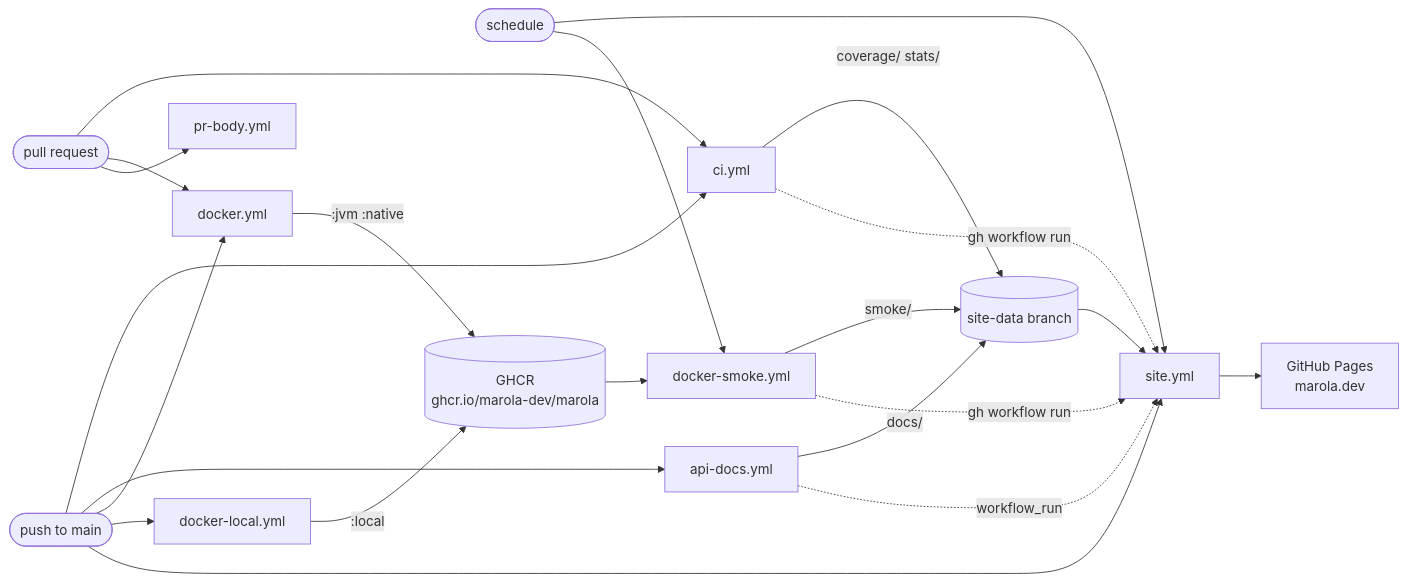
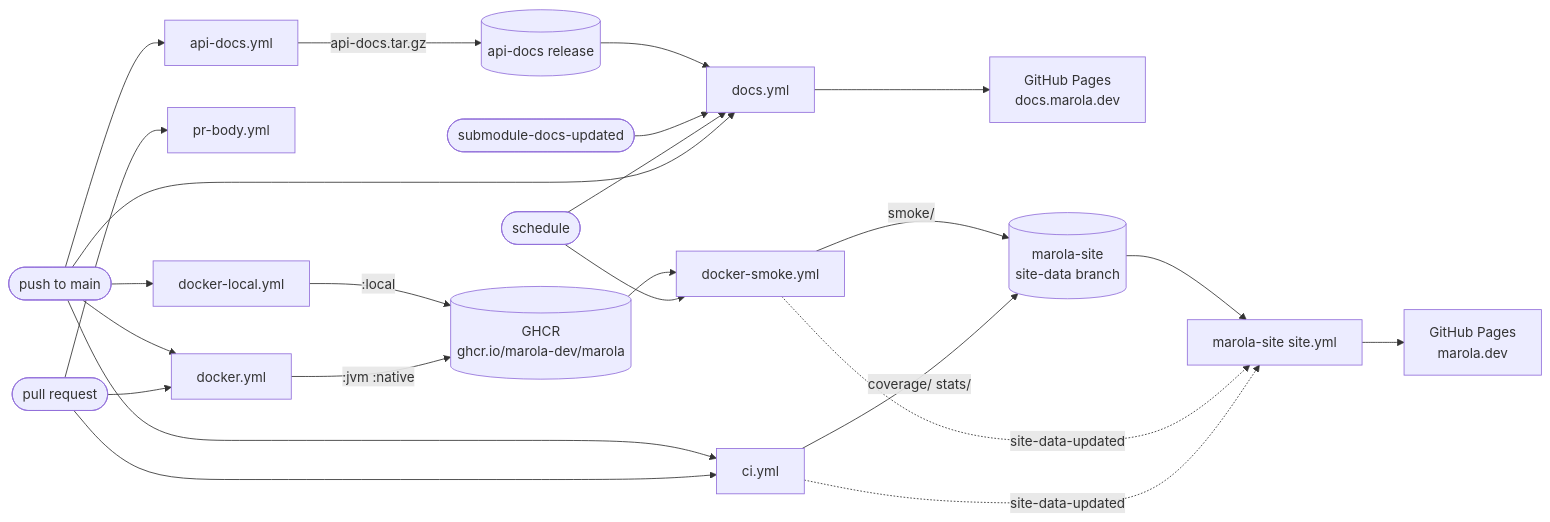
The first of 2 diagrams in docs/3-Working-on-the-repo/CI-CD.md (marola-dev/marola), drawn with Mermaid before and after one commit. The commit also changed other lines of this file and 35 other files, not shown here.

````diff
--- a/docs/3-Working-on-the-repo/CI-CD.md
+++ b/docs/3-Working-on-the-repo/CI-CD.md
@@ -13,24 +13,26 @@
 ```mermaid
 flowchart LR
   pr([pull request]) --> ci[ci.yml]
   pr --> dk[docker.yml]
   pr --> body[pr-body.yml]
   main([push to main]) --> ci
   main --> api[api-docs.yml]
   main --> dk
   main --> dl[docker-local.yml]
-  main --> site[site.yml]
-  cron([schedule]) --> site
+  main --> docs[docs.yml]
+  cron([schedule]) --> docs
   cron --> smoke[docker-smoke.yml]
+  sub([submodule-docs-updated]) --> docs
   dk -- ":jvm :native" --> ghcr[(GHCR<br/>ghcr.io/marola-dev/marola)]
   dl -- ":local" --> ghcr
   ghcr --> smoke
-  ci -- "coverage/ stats/" --> sd[(site-data branch)]
-  api -- "docs/" --> sd
+  api -- "api-docs.tar.gz" --> rel[(api-docs release)]
+  rel --> docs
+  docs --> dpages[GitHub Pages<br/>docs.marola.dev]
+  ci -- "coverage/ stats/" --> sd[(marola-site<br/>site-data branch)]
   smoke -- "smoke/" --> sd
-  api -. workflow_run .-> site
-  ci -. gh workflow run .-> site
-  smoke -. gh workflow run .-> site
+  ci -. site-data-updated .-> site[marola-site site.yml]
+  smoke -. site-data-updated .-> site
   sd --> site
   site --> pages[GitHub Pages<br/>marola.dev]
 ```
````
